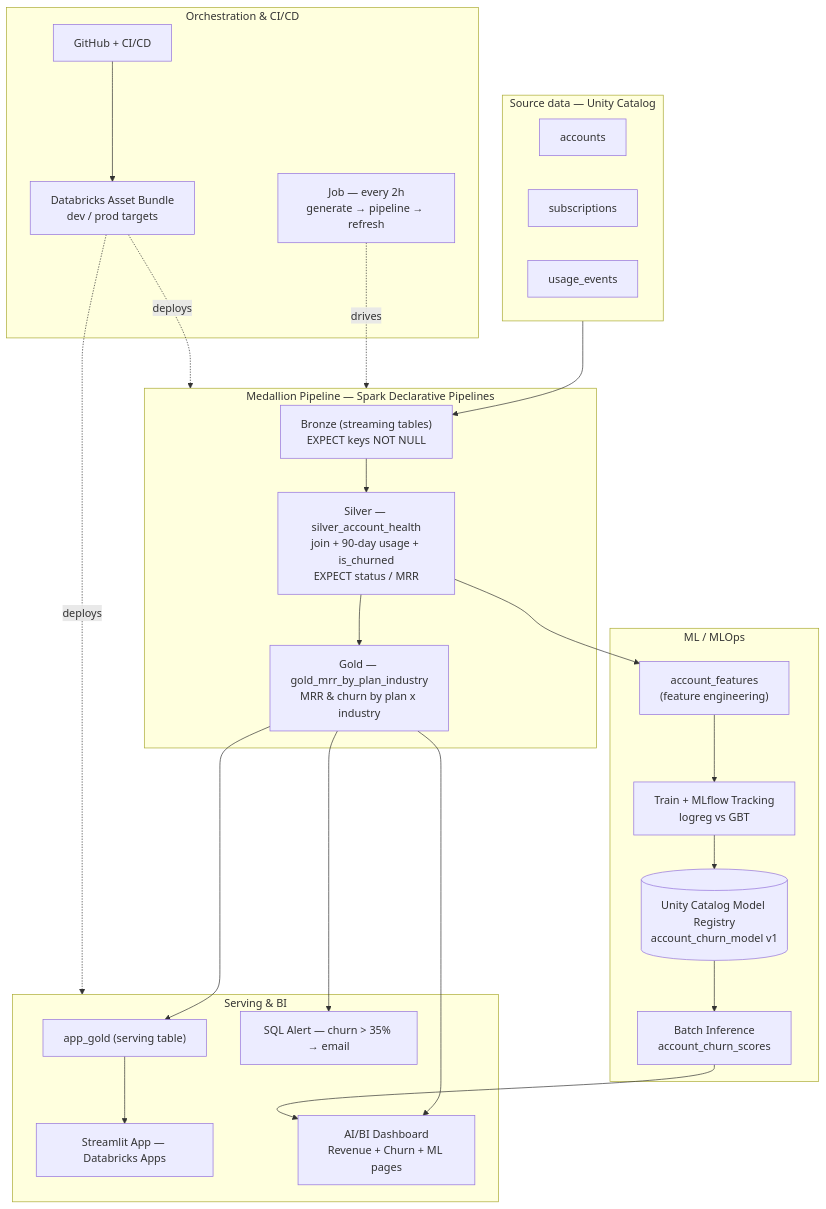
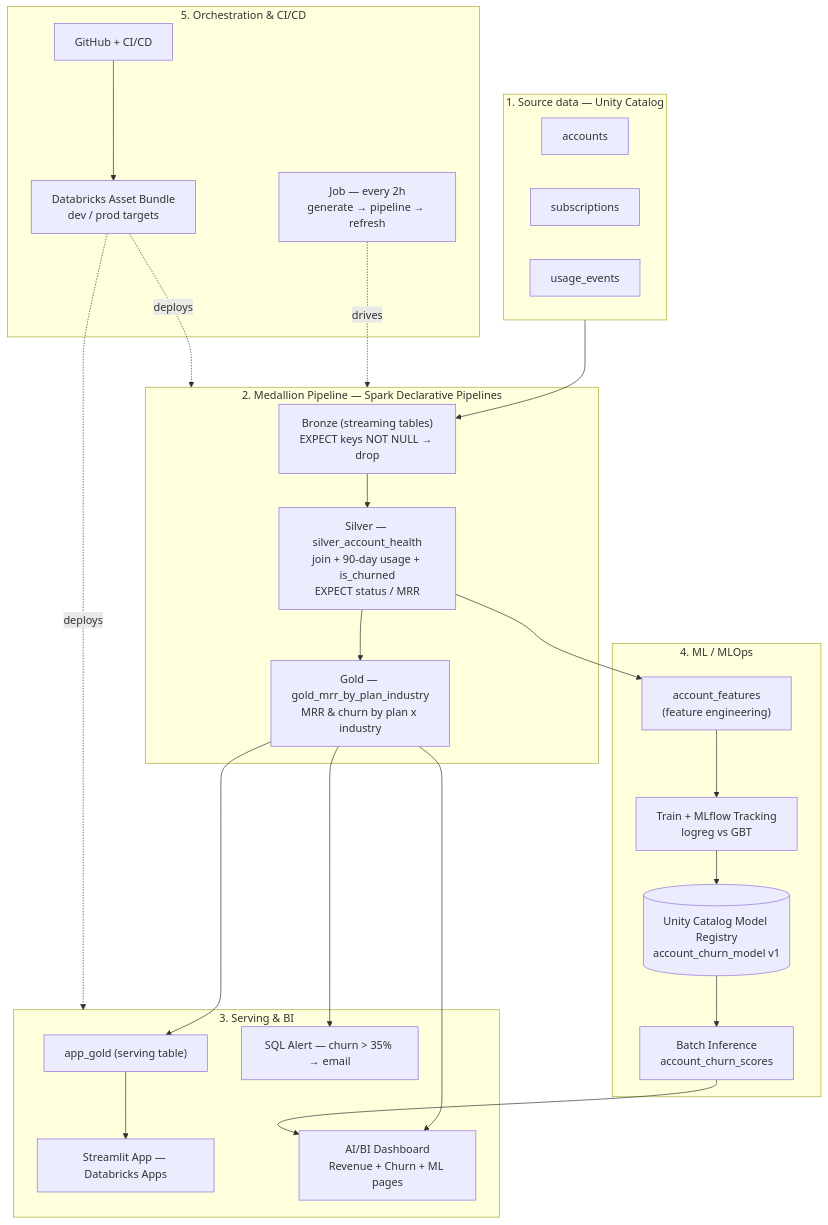
The diagram in README.md (shaheerbeig/databricks-customer-predictive-retention), drawn with Mermaid before and after one commit. The commit also changed other lines of this file, not shown here.

Commit message:
Expand README with detailed step-by-step end-to-end flow

````diff
--- a/README.md
+++ b/README.md
@@ -30,47 +33,47 @@
 ```mermaid
 flowchart TD
-    subgraph SRC["Source data — Unity Catalog"]
+    subgraph SRC["1. Source data — Unity Catalog"]
         A1[accounts]
         A2[subscriptions]
         A3[usage_events]
     end
 
-    subgraph PIPE["Medallion Pipeline — Spark Declarative Pipelines"]
-        B["Bronze (streaming tables)<br/>EXPECT keys NOT NULL"]
+    subgraph PIPE["2. Medallion Pipeline — Spark Declarative Pipelines"]
+        B["Bronze (streaming tables)<br/>EXPECT keys NOT NULL → drop"]
         S["Silver — silver_account_health<br/>join + 90-day usage + is_churned<br/>EXPECT status / MRR"]
         G["Gold — gold_mrr_by_plan_industry<br/>MRR &amp; churn by plan x industry"]
         B --> S --> G
     end
 
-    subgraph SERVE["Serving & BI"]
+    subgraph SERVE["3. Serving & BI"]
         AG["app_gold (serving table)"]
         APP["Streamlit App — Databricks Apps"]
         DASH["AI/BI Dashboard<br/>Revenue + Churn + ML pages"]
         ALERT["SQL Alert — churn &gt; 35% → email"]
     end
 
-    subgraph ML["ML / MLOps"]
+    subgraph ML["4. ML / MLOps"]
         FEAT["account_features<br/>(feature engineering)"]
         TRAIN["Train + MLflow Tracking<br/>logreg vs GBT"]
         REG[("Unity Catalog Model Registry<br/>account_churn_model v1")]
         SCORE["Batch Inference<br/>account_churn_scores"]
         FEAT --> TRAIN --> REG --> SCORE
     end
 
-    subgraph OPS["Orchestration & CI/CD"]
+    subgraph OPS["5. Orchestration & CI/CD"]
         JOB["Job — every 2h<br/>generate → pipeline → refresh"]
         BUNDLE["Databricks Asset Bundle<br/>dev / prod targets"]
         GIT["GitHub + CI/CD"]
     end
 
     SRC --> B
     G --> AG --> APP
     G --> DASH
     G --> ALERT
     S --> FEAT
     SCORE --> DASH
     JOB -. drives .-> PIPE
     GIT --> BUNDLE
     BUNDLE -. deploys .-> PIPE
     BUNDLE -. deploys .-> SERVE
 ```
````
